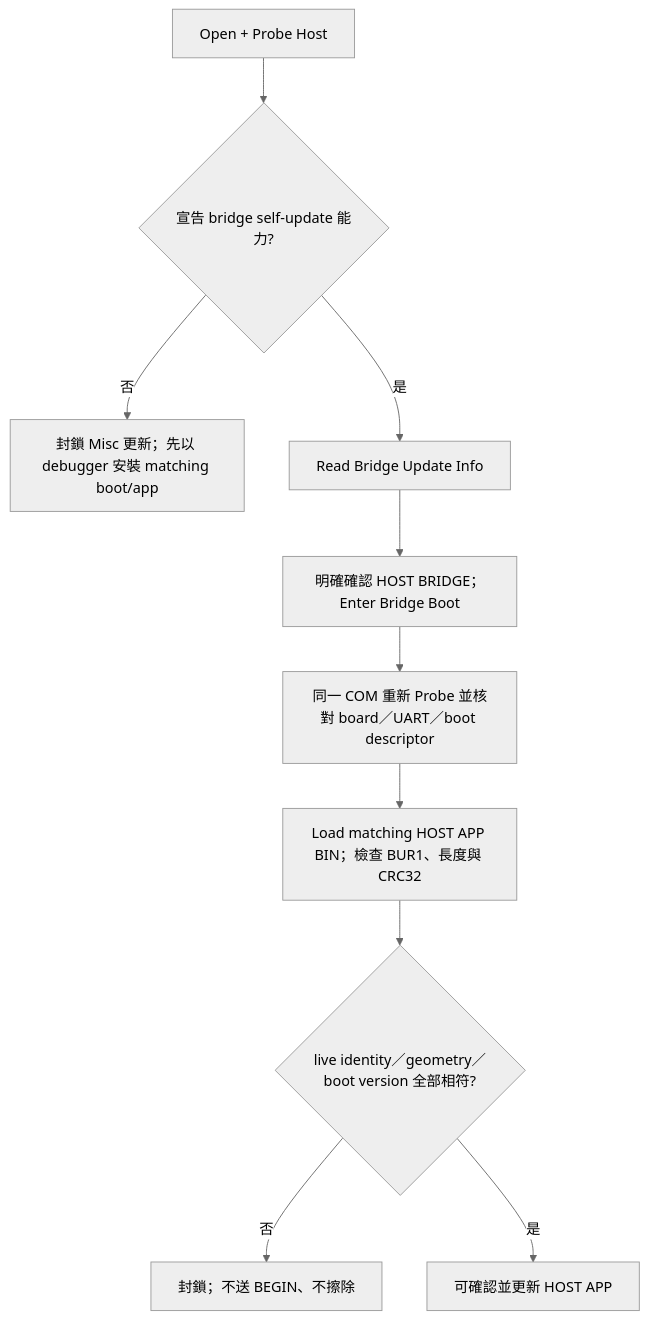
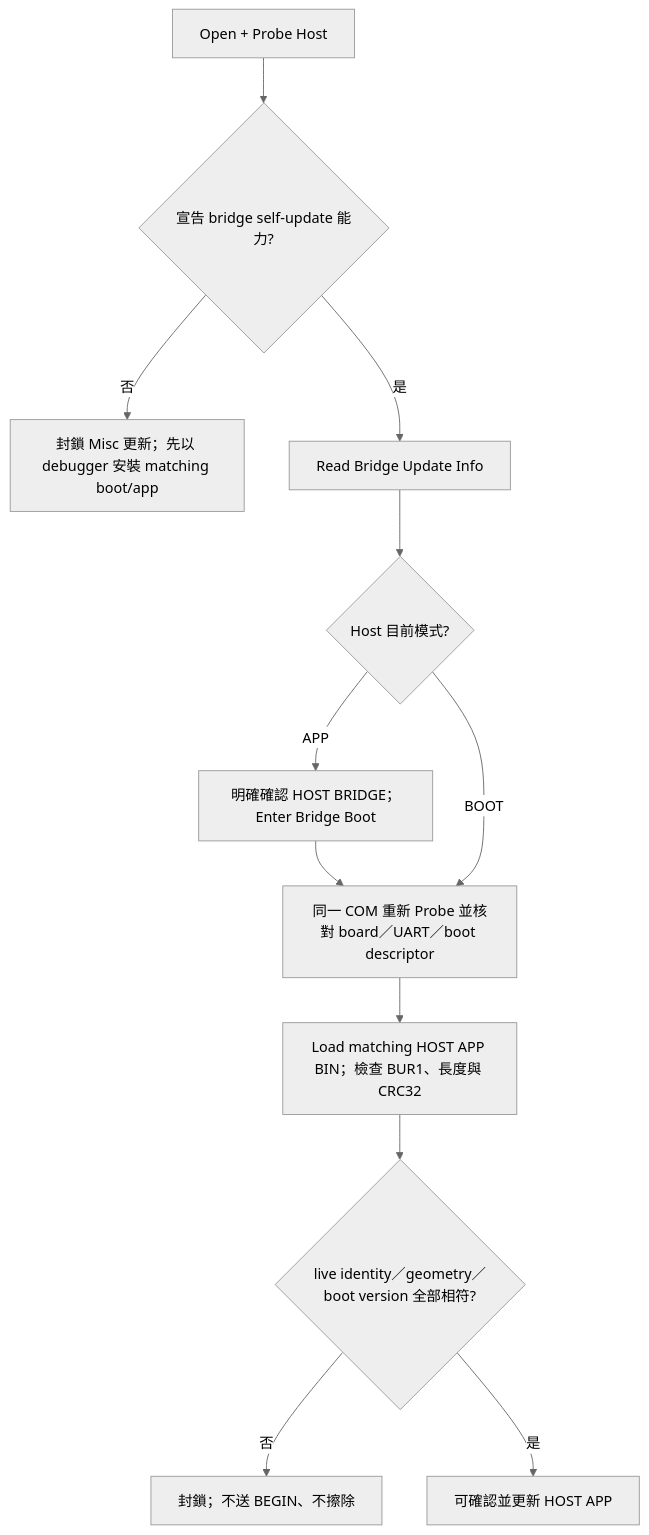
The second of 4 diagrams in docs/SHARED_CONSOLE_BRIDGE_GUIDE_zh-TW.md (released/simple_renesas_isp_tool), drawn with Mermaid (neutral theme) before and after one commit. The commit also changed other lines of this file and 102 other files, not shown here.

````diff
--- a/docs/SHARED_CONSOLE_BRIDGE_GUIDE_zh-TW.md
+++ b/docs/SHARED_CONSOLE_BRIDGE_GUIDE_zh-TW.md
@@ -187,12 +190,14 @@
 ```mermaid
 flowchart TD
     A[Open + Probe Host] --> B{宣告 bridge self-update 能力?}
     B -->|否| C[封鎖 Misc 更新；先以 debugger 安裝 matching boot/app]
     B -->|是| D[Read Bridge Update Info]
-    D --> E[明確確認 HOST BRIDGE；Enter Bridge Boot]
+    D --> M{Host 目前模式?}
+    M -->|APP| E[明確確認 HOST BRIDGE；Enter Bridge Boot]
     E --> F[同一 COM 重新 Probe 並核對 board／UART／boot descriptor]
+    M -->|BOOT| F
     F --> G[Load matching HOST APP BIN；檢查 BUR1、長度與 CRC32]
     G --> H{live identity／geometry／boot version 全部相符?}
     H -->|否| I[封鎖；不送 BEGIN、不擦除]
     H -->|是| J[可確認並更新 HOST APP]
 ```
````
